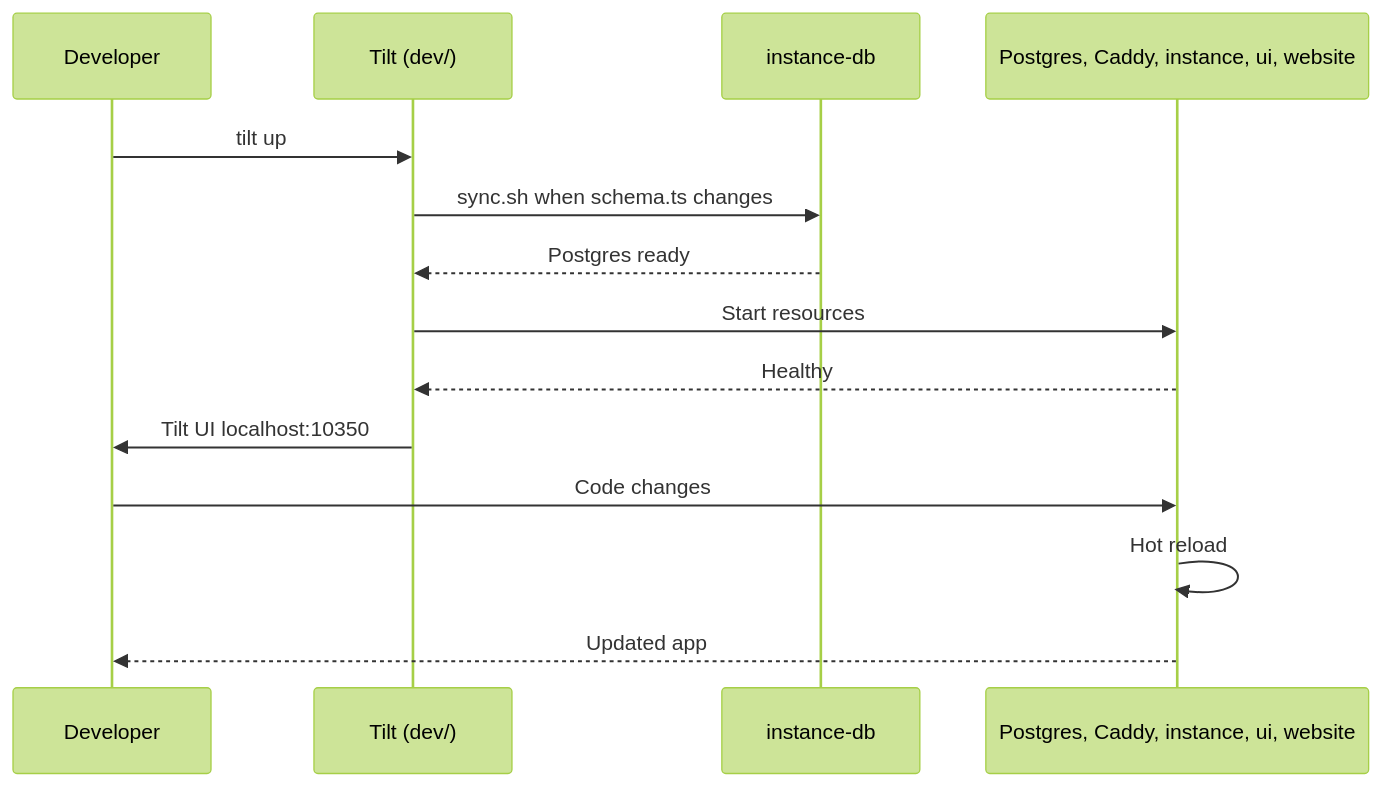
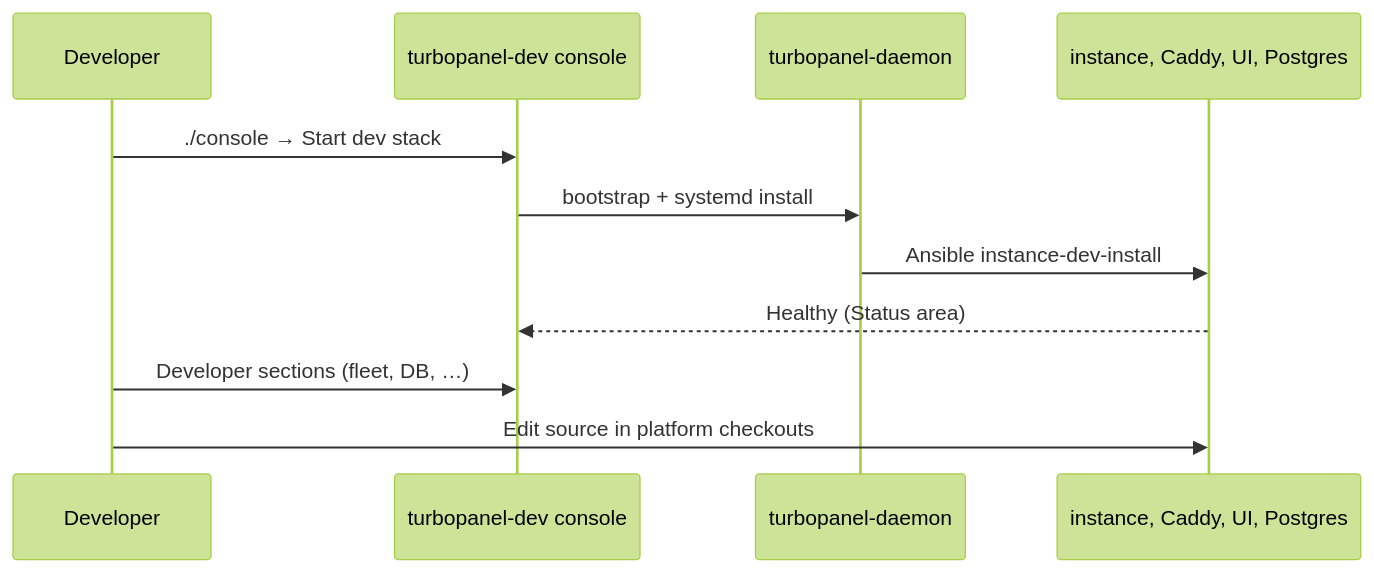
One commit to TurboPanel/website changed the diagram in docs/getting-started/development.mdx. Above: the diagram before and after it, drawn with Mermaid (forest theme). The commit also changed other lines of this file and 10 other files, not shown here.

First line of the commit message:
Update documentation to reflect changes in TurboPanel architecture and daemon terminology

````diff
--- a/docs/getting-started/development.mdx
+++ b/docs/getting-started/development.mdx
@@ -139,17 +122,14 @@
 ```mermaid
 sequenceDiagram
     participant Dev as Developer
-    participant Tilt as Tilt (dev/)
-    participant Schema as instance-db
-    participant Services as Postgres, Caddy, instance, ui, website
+    participant Console as turbopanel-dev console
+    participant Daemon as turbopanel-daemon
+    participant Services as instance, Caddy, UI, Postgres
 
-    Dev->>Tilt: tilt up
-    Tilt->>Schema: sync.sh when schema.ts changes
-    Schema-->>Tilt: Postgres ready
-    Tilt->>Services: Start resources
-    Services-->>Tilt: Healthy
-    Tilt->>Dev: Tilt UI localhost:10350
-    Dev->>Services: Code changes
-    Services->>Services: Hot reload
-    Services-->>Dev: Updated app
+    Dev->>Console: ./console → Start dev stack
+    Console->>Daemon: bootstrap + systemd install
+    Daemon->>Services: Ansible instance-dev-install
+    Services-->>Console: Healthy (Status area)
+    Dev->>Console: Developer sections (fleet, DB, …)
+    Dev->>Services: Edit source in platform checkouts
 ```
````
